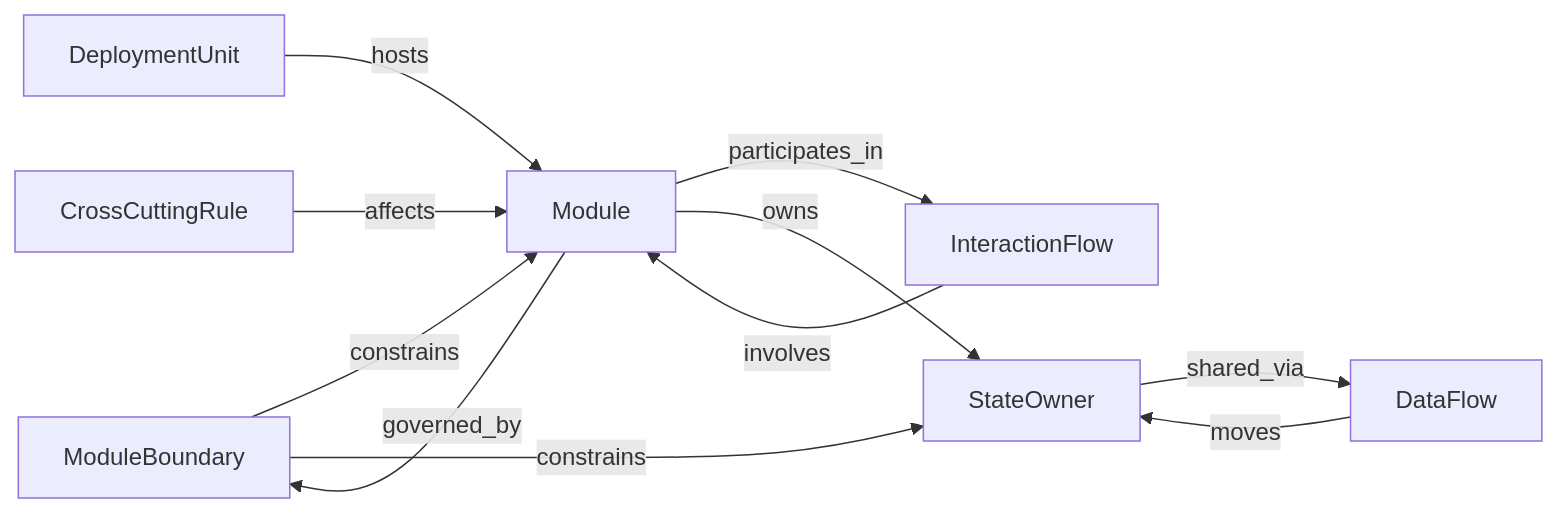
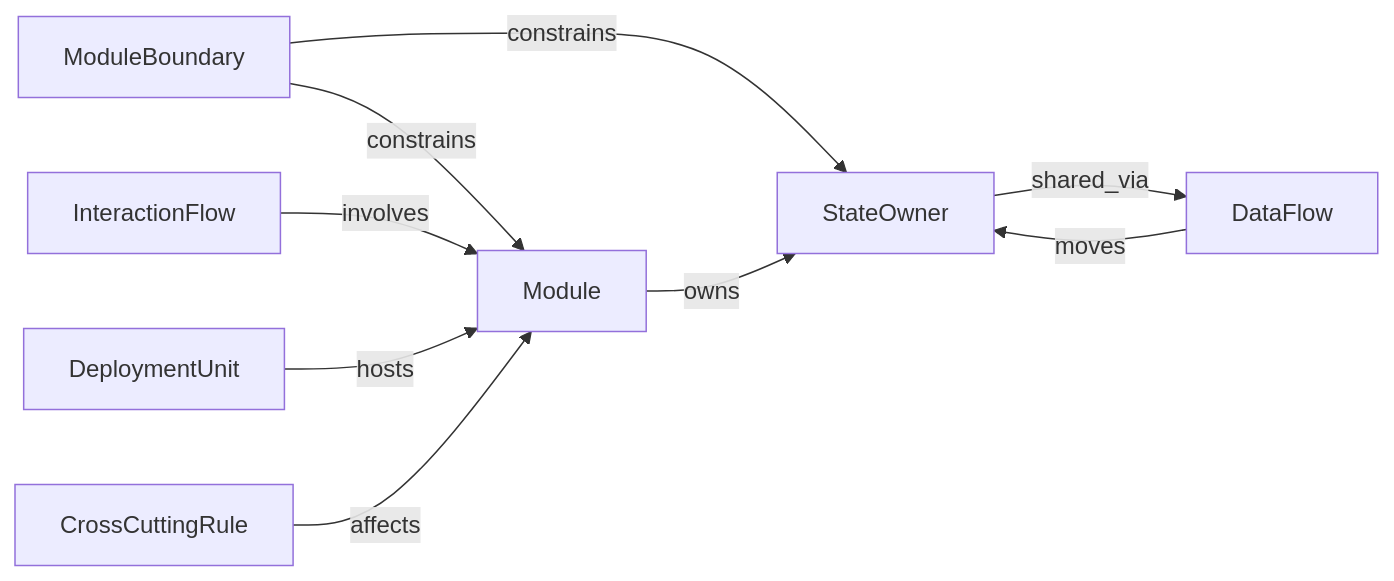
One commit to phuc10kn/task_transportor changed the diagram in docs/guide/reference/entity-maps/variants/modular-monolith/05-architecture/interaction-map.md. Above: the diagram before and after it, drawn with Mermaid. The commit also changed other lines of this file and 78 other files, not shown here.

````diff
--- a/docs/guide/reference/entity-maps/variants/modular-monolith/05-architecture/interaction-map.md
+++ b/docs/guide/reference/entity-maps/variants/modular-monolith/05-architecture/interaction-map.md
@@ -9,21 +9,19 @@
 ```mermaid
 flowchart LR
   MB[ModuleBoundary]
   M[Module]
   AF[InteractionFlow]
   SO[StateOwner]
   DF[DataFlow]
   DU[DeploymentUnit]
   CCR[CrossCuttingRule]
 
-  M -->|governed_by| MB
   MB -->|constrains| M
   MB -->|constrains| SO
-  M -->|participates_in| AF
   AF -->|involves| M
   M -->|owns| SO
   SO -->|shared_via| DF
   DF -->|moves| SO
   DU -->|hosts| M
   CCR -->|affects| M
 ```
````
